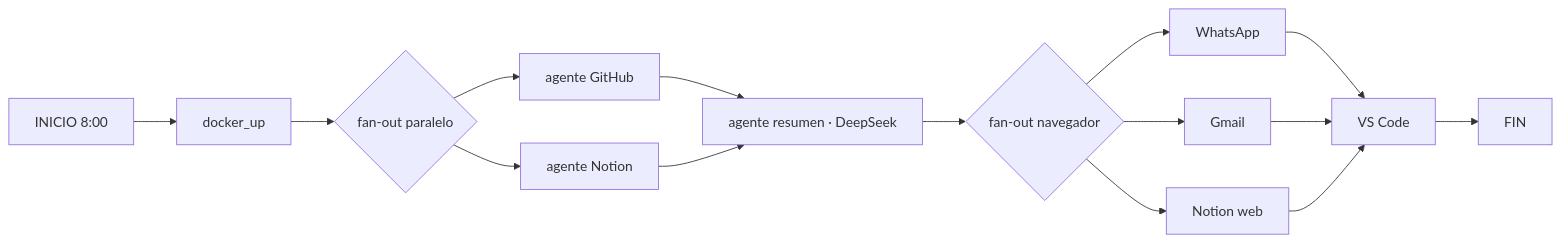
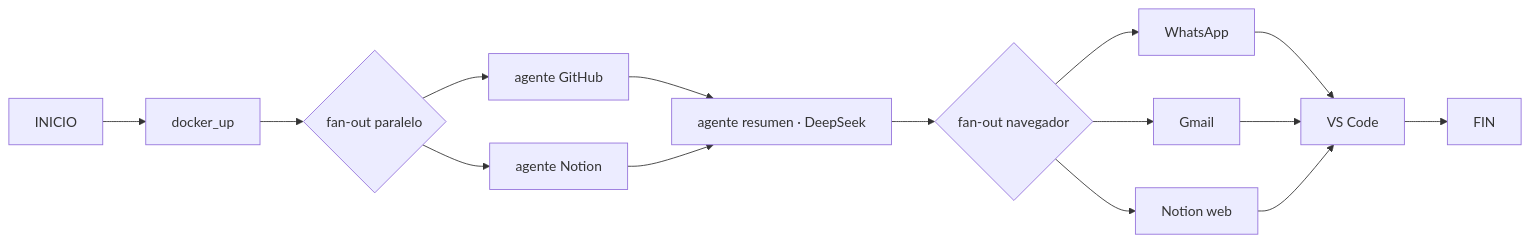
The diagram in README.md (Amadosixteen/Tentacool), drawn with Mermaid before and after one commit. The commit also changed other lines of this file and 1 other file, not shown here.

````diff
--- a/README.md
+++ b/README.md
@@ -50,15 +50,15 @@
 ```mermaid
 flowchart LR
-    A[INICIO 8:00] --> B[docker_up]
+    A[INICIO] --> B[docker_up]
     B --> C{fan-out paralelo}
     C --> D[agente GitHub]
     C --> E[agente Notion]
     D --> F[agente resumen · DeepSeek]
     E --> F
     F --> G{fan-out navegador}
     G --> H[WhatsApp]
     G --> I[Gmail]
     G --> J[Notion web]
     H & I & J --> K[VS Code]
     K --> L[FIN]
 ```
````
